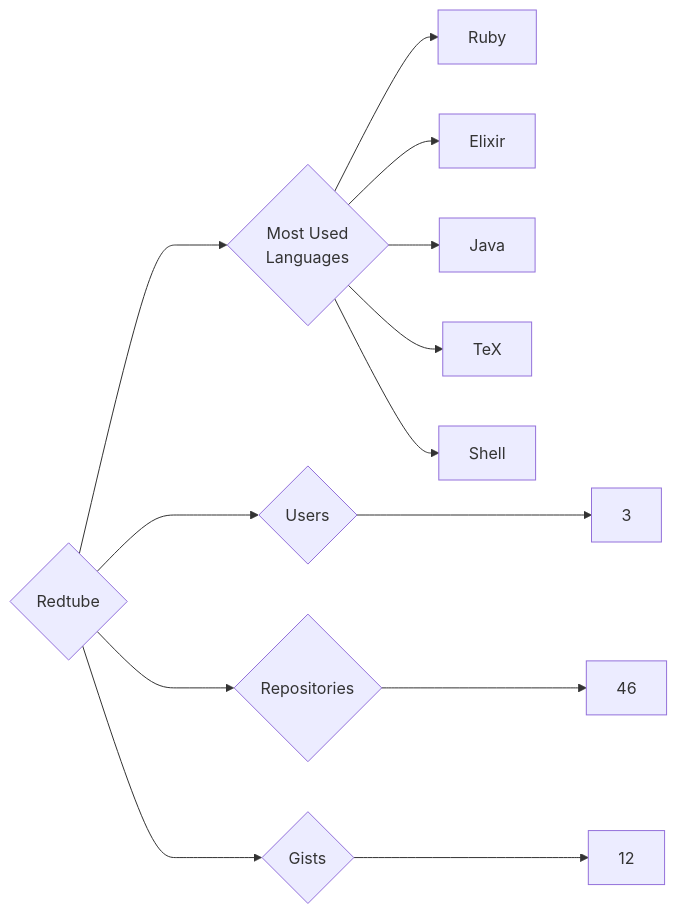
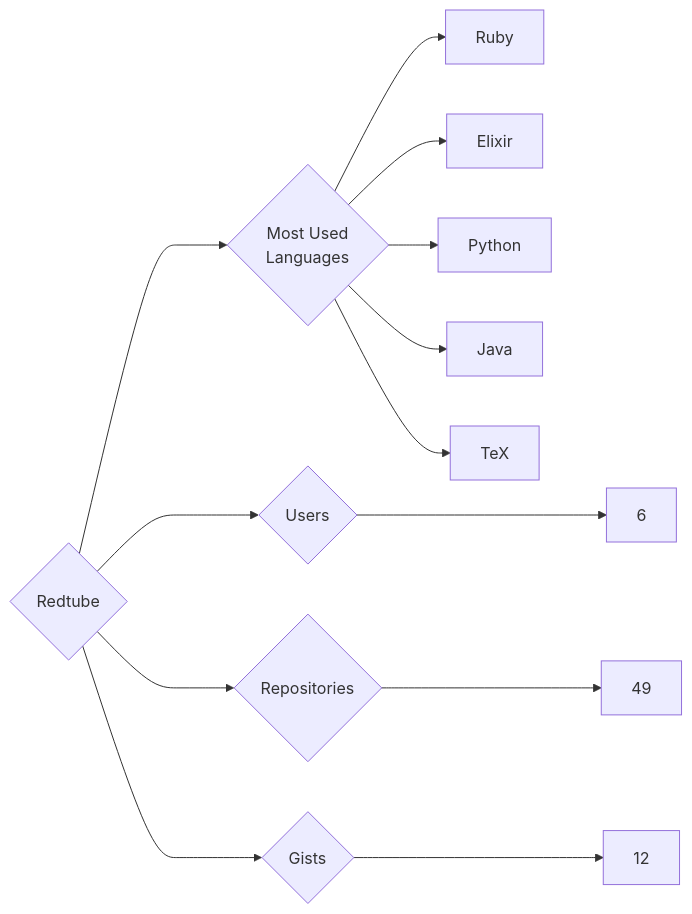
The diagram in targets/Redtube/README.md (trickest/insiders), drawn with Mermaid before and after one commit. The commit also changed 695 other files, not shown here.

````diff
--- a/targets/Redtube/README.md
+++ b/targets/Redtube/README.md
@@ -3,13 +3,13 @@
 ```mermaid
 graph LR
 COMPANY_NAME{Redtube}
-COMPANY_NAME ---> U{Users} ---> UN[3]
-COMPANY_NAME ---> R{Repositories} ---> RN[46]
+COMPANY_NAME ---> U{Users} ---> UN[6]
+COMPANY_NAME ---> R{Repositories} ---> RN[49]
 COMPANY_NAME ---> G{Gists} ---> GN[12]
 COMPANY_NAME ---> ML{Most Used<br>Languages}
 ML --> Ruby[Ruby]
 ML --> Elixir[Elixir]
+ML --> Python[Python]
 ML --> Java[Java]
 ML --> TeX[TeX]
-ML --> Shell[Shell]
 ```
````
